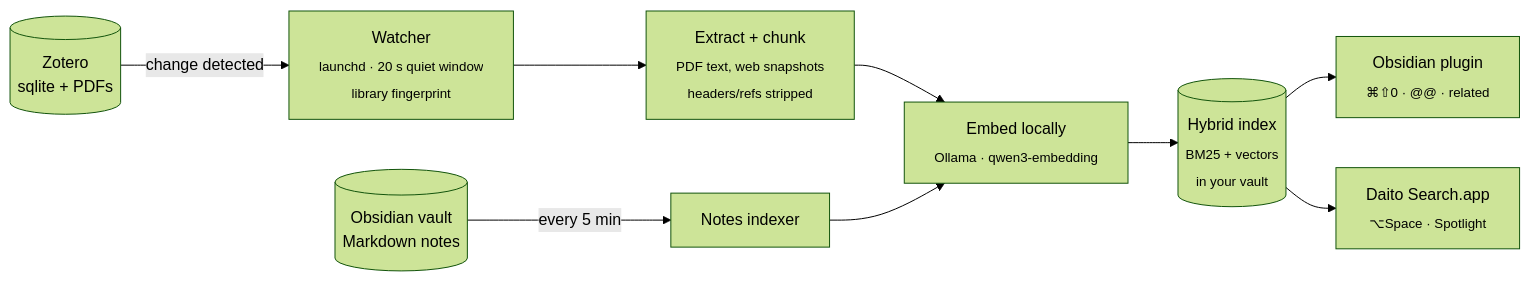
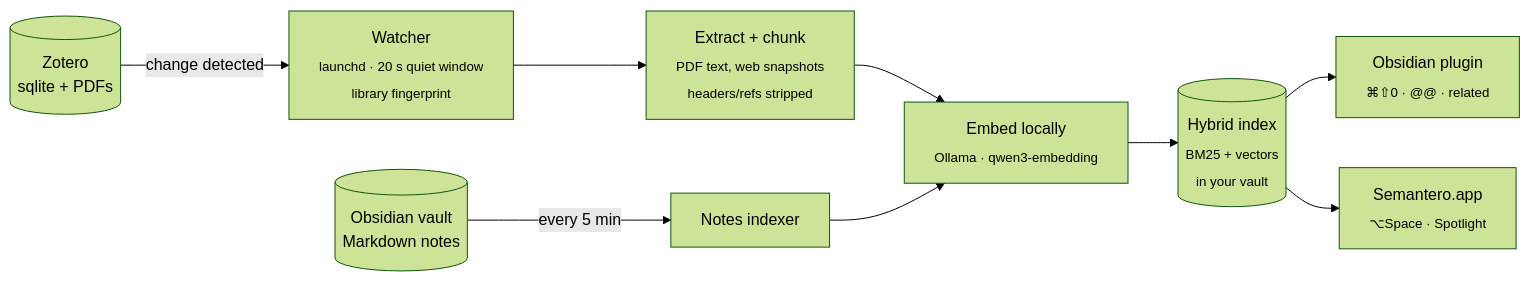
One commit to standard-model-lagrangian/Semantero changed the diagram in README.md. Above: the diagram before and after it, drawn with Mermaid (forest theme). The commit also changed other lines of this file and 130 other files, not shown here.

First line of the commit message:
chore: rename Daito to Semantero everywhere, with a migration

````diff
--- a/README.md
+++ b/README.md
@@ -56,11 +56,11 @@
 ```mermaid
 flowchart LR
     Z[("Zotero<br/>sqlite + PDFs")] -->|change detected| W["Watcher<br/><sub>launchd · 20 s quiet window<br/>library fingerprint</sub>"]
     V[("Obsidian vault<br/>Markdown notes")] -->|every 5 min| N["Notes indexer"]
     W --> X["Extract + chunk<br/><sub>PDF text, web snapshots<br/>headers/refs stripped</sub>"]
     X --> E["Embed locally<br/><sub>Ollama · qwen3-embedding</sub>"]
     N --> E
     E --> I[("Hybrid index<br/><sub>BM25 + vectors<br/>in your vault</sub>")]
     I --> P["Obsidian plugin<br/><sub>⌘⇧0 · @@ · related</sub>"]
-    I --> L["Daito Search.app<br/><sub>⌥Space · Spotlight</sub>"]
+    I --> L["Semantero.app<br/><sub>⌥Space · Spotlight</sub>"]
 ```
````
